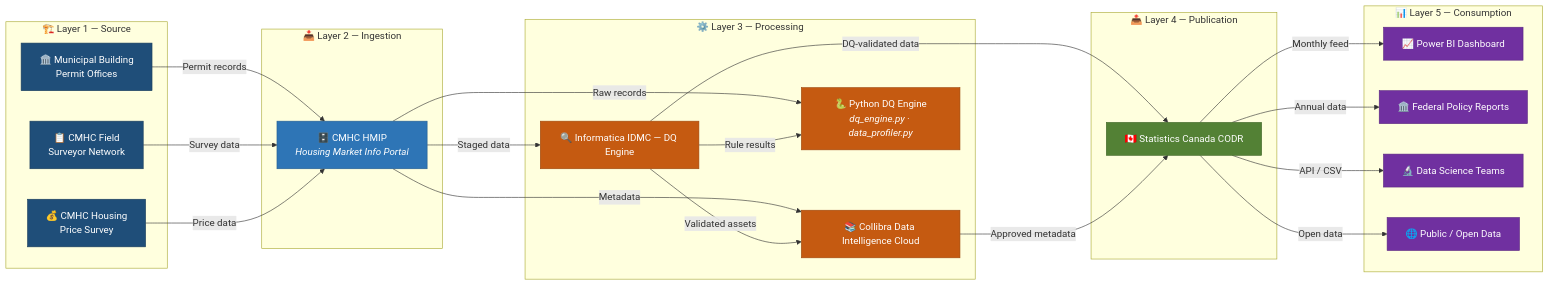
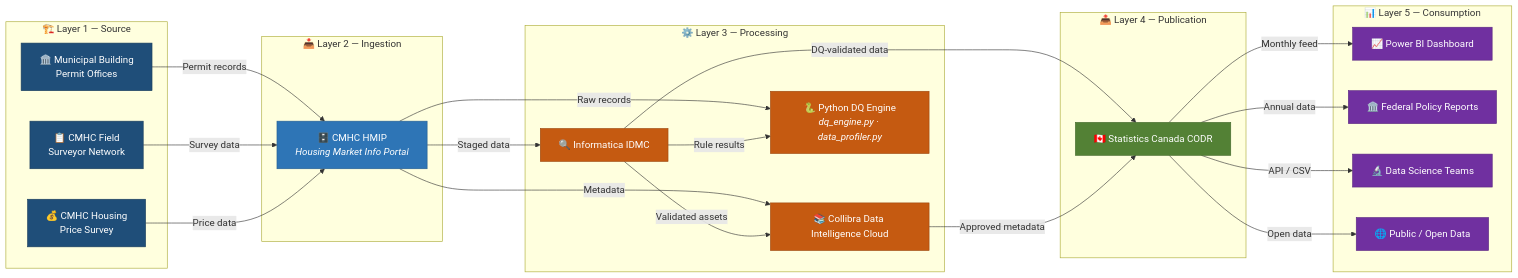
One commit to rkdhakal/cmhc-housing-data-governance changed the diagram in README.md. Above: the diagram before and after it, drawn with Mermaid.

Commit message:
typo error fixed

````diff
--- a/README.md
+++ b/README.md
@@ -96,50 +96,50 @@
 ```mermaid
 graph LR
     subgraph SOURCE ["🏗️ Layer 1 — Source"]
         S1["🏛️ Municipal Building<br/>Permit Offices"]
         S2["📋 CMHC Field<br/>Surveyor Network"]
         S3["💰 CMHC Housing<br/>Price Survey"]
     end
     subgraph INGEST ["📥 Layer 2 — Ingestion"]
         I1["🗄️ CMHC HMIP<br/><i>Housing Market Info Portal</i>"]
     end
     subgraph PROCESS ["⚙️ Layer 3 — Processing"]
-        P1["🔍 Informatica IDMC — DQ Engine"]
+        P1["🔍 Informatica IDMC <br/— DQ Engine"]
         P2["📚 Collibra Data Intelligence Cloud"]
         P3["🐍 Python DQ Engine<br/><i>dq_engine.py · data_profiler.py</i>"]
     end
     subgraph PUBLISH ["📤 Layer 4 — Publication"]
         PB1["🇨🇦 Statistics Canada CODR"]
     end
     subgraph CONSUME ["📊 Layer 5 — Consumption"]
         C1["📈 Power BI Dashboard"]
         C2["🏛️ Federal Policy Reports"]
         C3["🔬 Data Science Teams"]
         C4["🌐 Public / Open Data"]
     end
     S1 -->|"Permit records"| I1
     S2 -->|"Survey data"| I1
     S3 -->|"Price data"| I1
     I1 -->|"Staged data"| P1
     I1 -->|"Metadata"| P2
     I1 -->|"Raw records"| P3
     P1 -->|"Validated assets"| P2
     P1 -->|"Rule results"| P3
     P1 -->|"DQ-validated data"| PB1
     P2 -->|"Approved metadata"| PB1
     PB1 -->|"Monthly feed"| C1
     PB1 -->|"Annual data"| C2
     PB1 -->|"API / CSV"| C3
     PB1 -->|"Open data"| C4
 
     classDef source fill:#1F4E79,stroke:#1a3d5c,color:#fff
     classDef ingest fill:#2E75B6,stroke:#245d91,color:#fff
     classDef process fill:#C55A11,stroke:#9e480e,color:#fff
     classDef publish fill:#538135,stroke:#42672a,color:#fff
     classDef consume fill:#7030A0,stroke:#5a2680,color:#fff
     class S1,S2,S3 source
     class I1 ingest
     class P1,P2,P3 process
     class PB1 publish
     class C1,C2,C3,C4 consume
 ```
````
